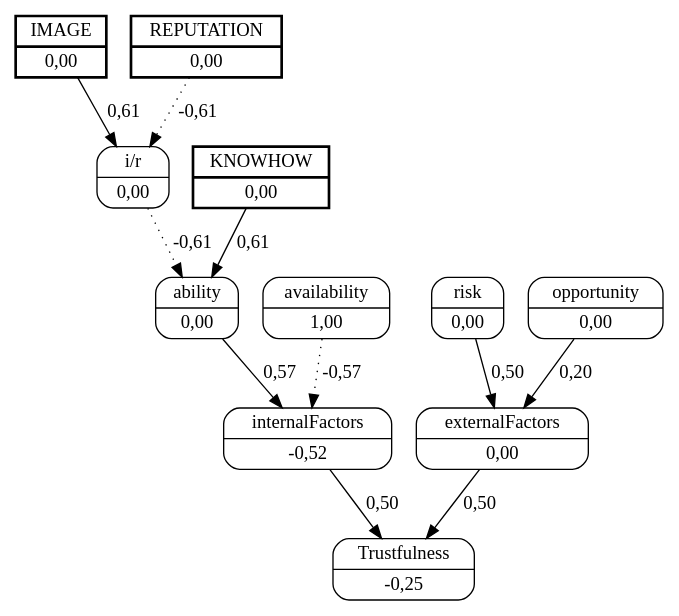
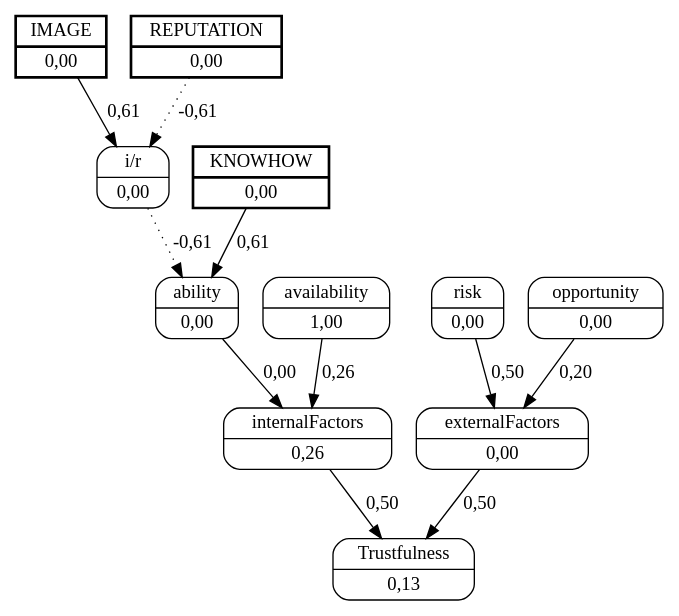
Before and after one commit to jjbaqueta/unload_experiment: the diagram in unload_boxes/dots/worker_2helper_10.dot, drawn with Graphviz. The commit also changed 297 other files, not shown here.

```diff
--- a/unload_boxes/dots/worker_2helper_10.dot
+++ b/unload_boxes/dots/worker_2helper_10.dot
@@ -1,25 +1,25 @@
 digraph FCM_net{
 	node [shape=record, style=rounded]
 	0 [label="{IMAGE | 0,00}", style=bold, penwidth=2, peripheries=2];
 	1 [label="{REPUTATION | 0,00}", style=bold, penwidth=2, peripheries=2];
 	2 [label="{KNOWHOW | 0,00}", style=bold, penwidth=2, peripheries=2];
 	0 [label="{IMAGE | 0,00}"];
 	3 [label="{i/r | 0,00}"];
 	4 [label="{ability | 0,00}"];
 	5 [label="{availability | 1,00}"];
-	6 [label="{internalFactors | -0,52}"];
+	6 [label="{internalFactors | 0,26}"];
 	7 [label="{risk | 0,00}"];
 	8 [label="{opportunity | 0,00}"];
 	9 [label="{externalFactors | 0,00}"];
-	10 [label="{Trustfulness | -0,25}"];
+	10 [label="{Trustfulness | 0,13}"];
 	0 -> 3 [label = "0,61"];
 	1 -> 3 [label = "-0,61", style=dotted];
 	3 -> 4 [label = "-0,61", style=dotted];
 	2 -> 4 [label = "0,61"];
-	4 -> 6 [label = "0,57"];
-	5 -> 6 [label = "-0,57", style=dotted];
+	4 -> 6 [label = "0,00"];
+	5 -> 6 [label = "0,26"];
 	6 -> 10 [label = "0,50"];
 	7 -> 9 [label = "0,50"];
 	8 -> 9 [label = "0,20"];
 	9 -> 10 [label = "0,50"];
 }
```
